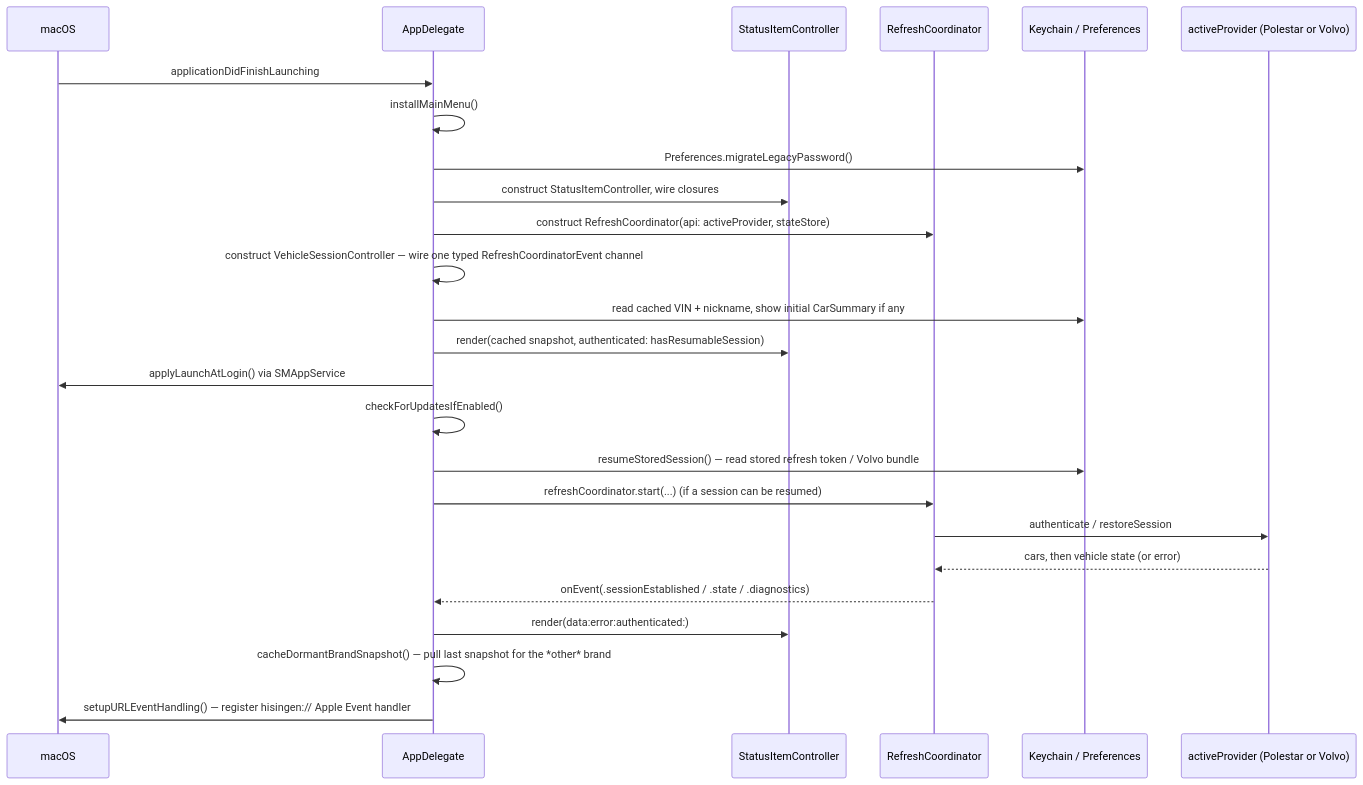
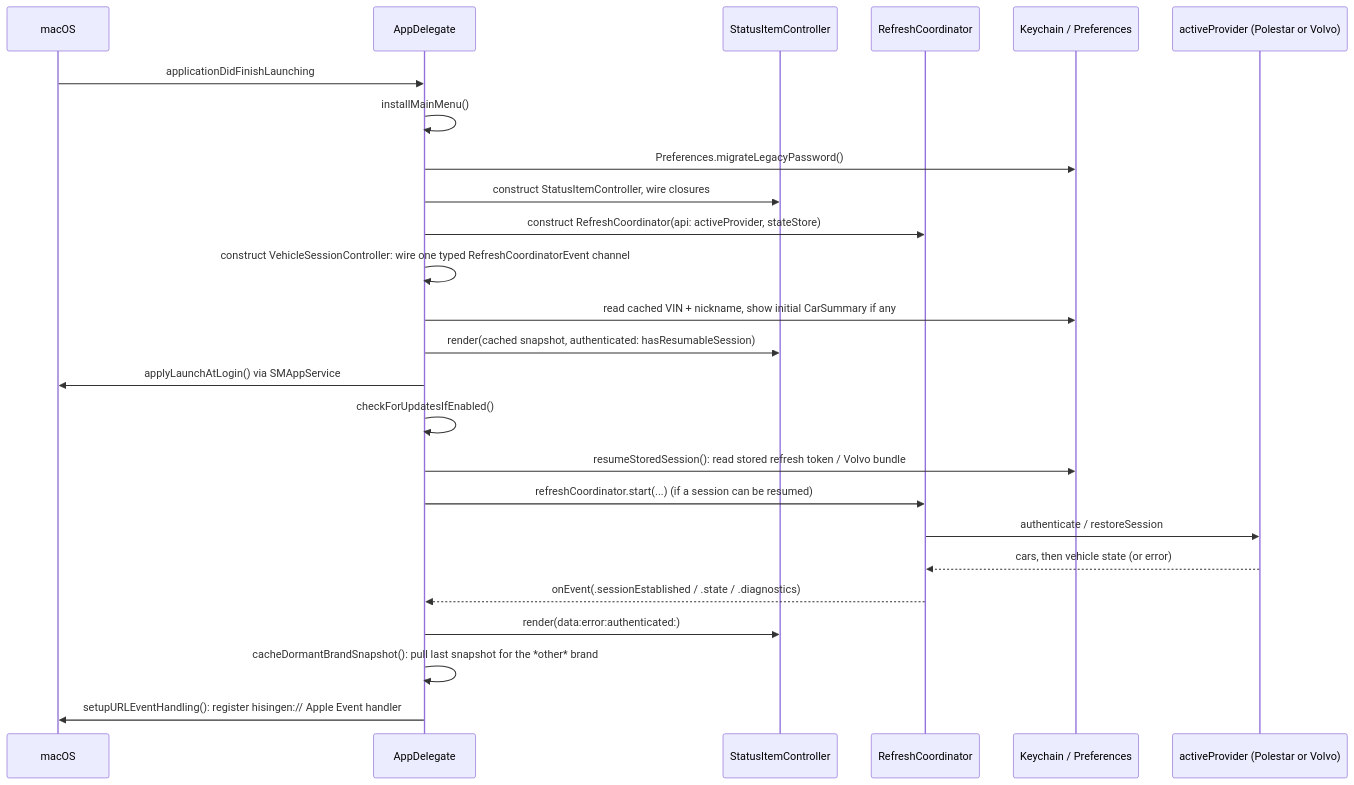
Before and after one commit to NicolasKheirallah/Hisingen: the diagram in docs/architecture/runtime.md, drawn with Mermaid. The commit also changed other lines of this file and 260 other files, not shown here.

Commit message:
land 2.0.1: first-run setup pass, one command descriptor table, per-cluster state merging, live-stream engine, shared pagination

````diff
--- a/docs/architecture/runtime.md
+++ b/docs/architecture/runtime.md
@@ -9,28 +9,28 @@
 ```mermaid
 sequenceDiagram
     participant OS as macOS
     participant AD as AppDelegate
     participant SC as StatusItemController
     participant RC as RefreshCoordinator
     participant KC as Keychain / Preferences
     participant API as activeProvider (Polestar or Volvo)
 
     OS->>AD: applicationDidFinishLaunching
     AD->>AD: installMainMenu()
     AD->>KC: Preferences.migrateLegacyPassword()
     AD->>SC: construct StatusItemController, wire closures
     AD->>RC: construct RefreshCoordinator(api: activeProvider, stateStore)
-    AD->>AD: construct VehicleSessionController — wire one typed RefreshCoordinatorEvent channel
+    AD->>AD: construct VehicleSessionController: wire one typed RefreshCoordinatorEvent channel
     AD->>KC: read cached VIN + nickname, show initial CarSummary if any
     AD->>SC: render(cached snapshot, authenticated: hasResumableSession)
     AD->>OS: applyLaunchAtLogin() via SMAppService
     AD->>AD: checkForUpdatesIfEnabled()
-    AD->>KC: resumeStoredSession() — read stored refresh token / Volvo bundle
+    AD->>KC: resumeStoredSession(): read stored refresh token / Volvo bundle
     AD->>RC: refreshCoordinator.start(...) (if a session can be resumed)
     RC->>API: authenticate / restoreSession
     API-->>RC: cars, then vehicle state (or error)
     RC-->>AD: onEvent(.sessionEstablished / .state / .diagnostics)
     AD->>SC: render(data:error:authenticated:)
-    AD->>AD: cacheDormantBrandSnapshot() — pull last snapshot for the *other* brand
-    AD->>OS: setupURLEventHandling() — register hisingen:// Apple Event handler
+    AD->>AD: cacheDormantBrandSnapshot(): pull last snapshot for the *other* brand
+    AD->>OS: setupURLEventHandling(): register hisingen:// Apple Event handler
 ```
````
